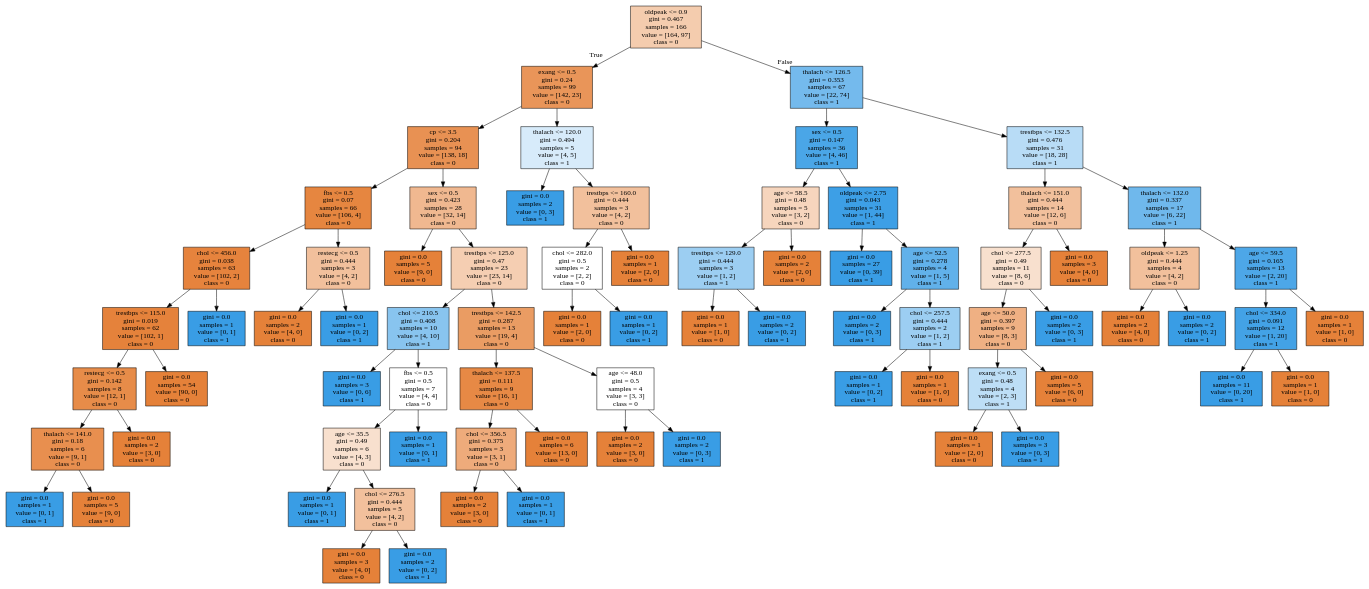
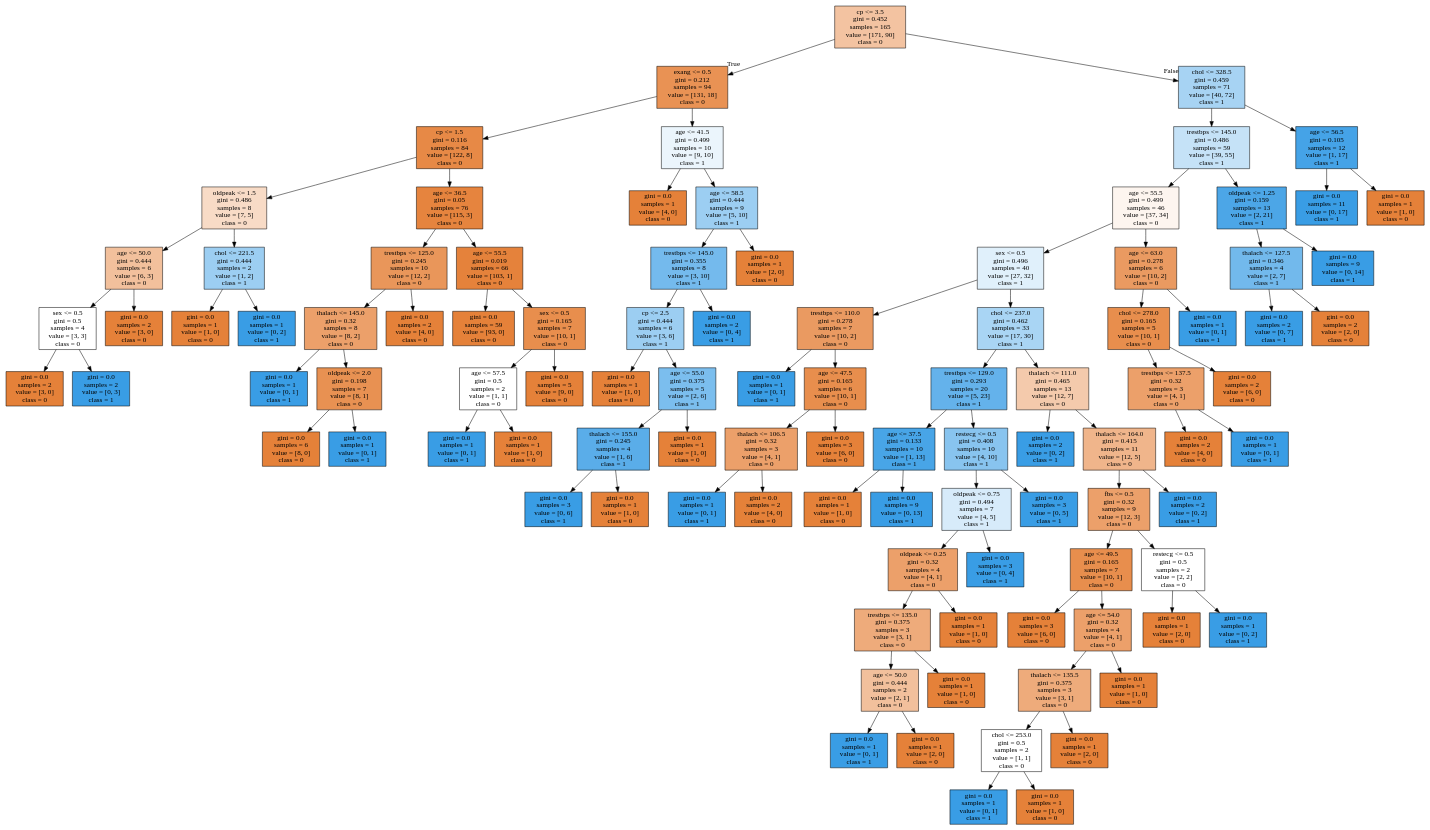
One commit to cyrilvincent/ML changed the diagram in data/heartdisease/tree.dot. Above: the diagram before and after it, drawn with Graphviz. The commit also changed 1 other file, not shown here.

```diff
--- a/data/heartdisease/tree.dot
+++ b/data/heartdisease/tree.dot
@@ -1,156 +1,200 @@
 digraph Tree {
 node [shape=box, style="filled", color="black"] ;
-0 [label="oldpeak <= 0.9\ngini = 0.467\nsamples = 166\nvalue = [164, 97]\nclass = 0", fillcolor="#f4ccae"] ;
-1 [label="exang <= 0.5\ngini = 0.24\nsamples = 99\nvalue = [142, 23]\nclass = 0", fillcolor="#e99559"] ;
+0 [label="cp <= 3.5\ngini = 0.452\nsamples = 165\nvalue = [171, 90]\nclass = 0", fillcolor="#f3c3a1"] ;
+1 [label="exang <= 0.5\ngini = 0.212\nsamples = 94\nvalue = [131, 18]\nclass = 0", fillcolor="#e99254"] ;
 0 -> 1 [labeldistance=2.5, labelangle=45, headlabel="True"] ;
-2 [label="cp <= 3.5\ngini = 0.204\nsamples = 94\nvalue = [138, 18]\nclass = 0", fillcolor="#e89153"] ;
+2 [label="cp <= 1.5\ngini = 0.116\nsamples = 84\nvalue = [122, 8]\nclass = 0", fillcolor="#e78946"] ;
 1 -> 2 ;
-3 [label="fbs <= 0.5\ngini = 0.07\nsamples = 66\nvalue = [106, 4]\nclass = 0", fillcolor="#e68640"] ;
+3 [label="oldpeak <= 1.5\ngini = 0.486\nsamples = 8\nvalue = [7, 5]\nclass = 0", fillcolor="#f8dbc6"] ;
 2 -> 3 ;
-4 [label="chol <= 456.0\ngini = 0.038\nsamples = 63\nvalue = [102, 2]\nclass = 0", fillcolor="#e6833d"] ;
+4 [label="age <= 50.0\ngini = 0.444\nsamples = 6\nvalue = [6, 3]\nclass = 0", fillcolor="#f2c09c"] ;
 3 -> 4 ;
-5 [label="trestbps <= 115.0\ngini = 0.019\nsamples = 62\nvalue = [102, 1]\nclass = 0", fillcolor="#e5823b"] ;
+5 [label="sex <= 0.5\ngini = 0.5\nsamples = 4\nvalue = [3, 3]\nclass = 0", fillcolor="#ffffff"] ;
 4 -> 5 ;
-6 [label="restecg <= 0.5\ngini = 0.142\nsamples = 8\nvalue = [12, 1]\nclass = 0", fillcolor="#e78c49"] ;
+6 [label="gini = 0.0\nsamples = 2\nvalue = [3, 0]\nclass = 0", fillcolor="#e58139"] ;
 5 -> 6 ;
-7 [label="thalach <= 141.0\ngini = 0.18\nsamples = 6\nvalue = [9, 1]\nclass = 0", fillcolor="#e88f4f"] ;
-6 -> 7 ;
-8 [label="gini = 0.0\nsamples = 1\nvalue = [0, 1]\nclass = 1", fillcolor="#399de5"] ;
-7 -> 8 ;
-9 [label="gini = 0.0\nsamples = 5\nvalue = [9, 0]\nclass = 0", fillcolor="#e58139"] ;
-7 -> 9 ;
-10 [label="gini = 0.0\nsamples = 2\nvalue = [3, 0]\nclass = 0", fillcolor="#e58139"] ;
-6 -> 10 ;
-11 [label="gini = 0.0\nsamples = 54\nvalue = [90, 0]\nclass = 0", fillcolor="#e58139"] ;
-5 -> 11 ;
-12 [label="gini = 0.0\nsamples = 1\nvalue = [0, 1]\nclass = 1", fillcolor="#399de5"] ;
-4 -> 12 ;
-13 [label="restecg <= 0.5\ngini = 0.444\nsamples = 3\nvalue = [4, 2]\nclass = 0", fillcolor="#f2c09c"] ;
-3 -> 13 ;
-14 [label="gini = 0.0\nsamples = 2\nvalue = [4, 0]\nclass = 0", fillcolor="#e58139"] ;
+7 [label="gini = 0.0\nsamples = 2\nvalue = [0, 3]\nclass = 1", fillcolor="#399de5"] ;
+5 -> 7 ;
+8 [label="gini = 0.0\nsamples = 2\nvalue = [3, 0]\nclass = 0", fillcolor="#e58139"] ;
+4 -> 8 ;
+9 [label="chol <= 221.5\ngini = 0.444\nsamples = 2\nvalue = [1, 2]\nclass = 1", fillcolor="#9ccef2"] ;
+3 -> 9 ;
+10 [label="gini = 0.0\nsamples = 1\nvalue = [1, 0]\nclass = 0", fillcolor="#e58139"] ;
+9 -> 10 ;
+11 [label="gini = 0.0\nsamples = 1\nvalue = [0, 2]\nclass = 1", fillcolor="#399de5"] ;
+9 -> 11 ;
+12 [label="age <= 36.5\ngini = 0.05\nsamples = 76\nvalue = [115, 3]\nclass = 0", fillcolor="#e6843e"] ;
+2 -> 12 ;
+13 [label="trestbps <= 125.0\ngini = 0.245\nsamples = 10\nvalue = [12, 2]\nclass = 0", fillcolor="#e9965a"] ;
+12 -> 13 ;
+14 [label="thalach <= 145.0\ngini = 0.32\nsamples = 8\nvalue = [8, 2]\nclass = 0", fillcolor="#eca06a"] ;
 13 -> 14 ;
-15 [label="gini = 0.0\nsamples = 1\nvalue = [0, 2]\nclass = 1", fillcolor="#399de5"] ;
-13 -> 15 ;
-16 [label="sex <= 0.5\ngini = 0.423\nsamples = 28\nvalue = [32, 14]\nclass = 0", fillcolor="#f0b890"] ;
-2 -> 16 ;
-17 [label="gini = 0.0\nsamples = 5\nvalue = [9, 0]\nclass = 0", fillcolor="#e58139"] ;
+15 [label="gini = 0.0\nsamples = 1\nvalue = [0, 1]\nclass = 1", fillcolor="#399de5"] ;
+14 -> 15 ;
+16 [label="oldpeak <= 2.0\ngini = 0.198\nsamples = 7\nvalue = [8, 1]\nclass = 0", fillcolor="#e89152"] ;
+14 -> 16 ;
+17 [label="gini = 0.0\nsamples = 6\nvalue = [8, 0]\nclass = 0", fillcolor="#e58139"] ;
 16 -> 17 ;
-18 [label="trestbps <= 125.0\ngini = 0.47\nsamples = 23\nvalue = [23, 14]\nclass = 0", fillcolor="#f5ceb2"] ;
+18 [label="gini = 0.0\nsamples = 1\nvalue = [0, 1]\nclass = 1", fillcolor="#399de5"] ;
 16 -> 18 ;
-19 [label="chol <= 210.5\ngini = 0.408\nsamples = 10\nvalue = [4, 10]\nclass = 1", fillcolor="#88c4ef"] ;
-18 -> 19 ;
-20 [label="gini = 0.0\nsamples = 3\nvalue = [0, 6]\nclass = 1", fillcolor="#399de5"] ;
-19 -> 20 ;
-21 [label="fbs <= 0.5\ngini = 0.5\nsamples = 7\nvalue = [4, 4]\nclass = 0", fillcolor="#ffffff"] ;
-19 -> 21 ;
-22 [label="age <= 35.5\ngini = 0.49\nsamples = 6\nvalue = [4, 3]\nclass = 0", fillcolor="#f8e0ce"] ;
-21 -> 22 ;
-23 [label="gini = 0.0\nsamples = 1\nvalue = [0, 1]\nclass = 1", fillcolor="#399de5"] ;
+19 [label="gini = 0.0\nsamples = 2\nvalue = [4, 0]\nclass = 0", fillcolor="#e58139"] ;
+13 -> 19 ;
+20 [label="age <= 55.5\ngini = 0.019\nsamples = 66\nvalue = [103, 1]\nclass = 0", fillcolor="#e5823b"] ;
+12 -> 20 ;
+21 [label="gini = 0.0\nsamples = 59\nvalue = [93, 0]\nclass = 0", fillcolor="#e58139"] ;
+20 -> 21 ;
+22 [label="sex <= 0.5\ngini = 0.165\nsamples = 7\nvalue = [10, 1]\nclass = 0", fillcolor="#e88e4d"] ;
+20 -> 22 ;
+23 [label="age <= 57.5\ngini = 0.5\nsamples = 2\nvalue = [1, 1]\nclass = 0", fillcolor="#ffffff"] ;
 22 -> 23 ;
-24 [label="chol <= 276.5\ngini = 0.444\nsamples = 5\nvalue = [4, 2]\nclass = 0", fillcolor="#f2c09c"] ;
-22 -> 24 ;
-25 [label="gini = 0.0\nsamples = 3\nvalue = [4, 0]\nclass = 0", fillcolor="#e58139"] ;
-24 -> 25 ;
-26 [label="gini = 0.0\nsamples = 2\nvalue = [0, 2]\nclass = 1", fillcolor="#399de5"] ;
-24 -> 26 ;
-27 [label="gini = 0.0\nsamples = 1\nvalue = [0, 1]\nclass = 1", fillcolor="#399de5"] ;
-21 -> 27 ;
-28 [label="trestbps <= 142.5\ngini = 0.287\nsamples = 13\nvalue = [19, 4]\nclass = 0", fillcolor="#ea9c63"] ;
-18 -> 28 ;
-29 [label="thalach <= 137.5\ngini = 0.111\nsamples = 9\nvalue = [16, 1]\nclass = 0", fillcolor="#e78945"] ;
-28 -> 29 ;
-30 [label="chol <= 356.5\ngini = 0.375\nsamples = 3\nvalue = [3, 1]\nclass = 0", fillcolor="#eeab7b"] ;
+24 [label="gini = 0.0\nsamples = 1\nvalue = [0, 1]\nclass = 1", fillcolor="#399de5"] ;
+23 -> 24 ;
+25 [label="gini = 0.0\nsamples = 1\nvalue = [1, 0]\nclass = 0", fillcolor="#e58139"] ;
+23 -> 25 ;
+26 [label="gini = 0.0\nsamples = 5\nvalue = [9, 0]\nclass = 0", fillcolor="#e58139"] ;
+22 -> 26 ;
+27 [label="age <= 41.5\ngini = 0.499\nsamples = 10\nvalue = [9, 10]\nclass = 1", fillcolor="#ebf5fc"] ;
+1 -> 27 ;
+28 [label="gini = 0.0\nsamples = 1\nvalue = [4, 0]\nclass = 0", fillcolor="#e58139"] ;
+27 -> 28 ;
+29 [label="age <= 58.5\ngini = 0.444\nsamples = 9\nvalue = [5, 10]\nclass = 1", fillcolor="#9ccef2"] ;
+27 -> 29 ;
+30 [label="trestbps <= 145.0\ngini = 0.355\nsamples = 8\nvalue = [3, 10]\nclass = 1", fillcolor="#74baed"] ;
 29 -> 30 ;
-31 [label="gini = 0.0\nsamples = 2\nvalue = [3, 0]\nclass = 0", fillcolor="#e58139"] ;
+31 [label="cp <= 2.5\ngini = 0.444\nsamples = 6\nvalue = [3, 6]\nclass = 1", fillcolor="#9ccef2"] ;
 30 -> 31 ;
-32 [label="gini = 0.0\nsamples = 1\nvalue = [0, 1]\nclass = 1", fillcolor="#399de5"] ;
-30 -> 32 ;
-33 [label="gini = 0.0\nsamples = 6\nvalue = [13, 0]\nclass = 0", fillcolor="#e58139"] ;
-29 -> 33 ;
-34 [label="age <= 48.0\ngini = 0.5\nsamples = 4\nvalue = [3, 3]\nclass = 0", fillcolor="#ffffff"] ;
-28 -> 34 ;
-35 [label="gini = 0.0\nsamples = 2\nvalue = [3, 0]\nclass = 0", fillcolor="#e58139"] ;
+32 [label="gini = 0.0\nsamples = 1\nvalue = [1, 0]\nclass = 0", fillcolor="#e58139"] ;
+31 -> 32 ;
+33 [label="age <= 55.0\ngini = 0.375\nsamples = 5\nvalue = [2, 6]\nclass = 1", fillcolor="#7bbeee"] ;
+31 -> 33 ;
+34 [label="thalach <= 155.0\ngini = 0.245\nsamples = 4\nvalue = [1, 6]\nclass = 1", fillcolor="#5aade9"] ;
+33 -> 34 ;
+35 [label="gini = 0.0\nsamples = 3\nvalue = [0, 6]\nclass = 1", fillcolor="#399de5"] ;
 34 -> 35 ;
-36 [label="gini = 0.0\nsamples = 2\nvalue = [0, 3]\nclass = 1", fillcolor="#399de5"] ;
+36 [label="gini = 0.0\nsamples = 1\nvalue = [1, 0]\nclass = 0", fillcolor="#e58139"] ;
 34 -> 36 ;
-37 [label="thalach <= 120.0\ngini = 0.494\nsamples = 5\nvalue = [4, 5]\nclass = 1", fillcolor="#d7ebfa"] ;
-1 -> 37 ;
-38 [label="gini = 0.0\nsamples = 2\nvalue = [0, 3]\nclass = 1", fillcolor="#399de5"] ;
-37 -> 38 ;
-39 [label="trestbps <= 160.0\ngini = 0.444\nsamples = 3\nvalue = [4, 2]\nclass = 0", fillcolor="#f2c09c"] ;
-37 -> 39 ;
-40 [label="chol <= 282.0\ngini = 0.5\nsamples = 2\nvalue = [2, 2]\nclass = 0", fillcolor="#ffffff"] ;
-39 -> 40 ;
-41 [label="gini = 0.0\nsamples = 1\nvalue = [2, 0]\nclass = 0", fillcolor="#e58139"] ;
+37 [label="gini = 0.0\nsamples = 1\nvalue = [1, 0]\nclass = 0", fillcolor="#e58139"] ;
+33 -> 37 ;
+38 [label="gini = 0.0\nsamples = 2\nvalue = [0, 4]\nclass = 1", fillcolor="#399de5"] ;
+30 -> 38 ;
+39 [label="gini = 0.0\nsamples = 1\nvalue = [2, 0]\nclass = 0", fillcolor="#e58139"] ;
+29 -> 39 ;
+40 [label="chol <= 328.5\ngini = 0.459\nsamples = 71\nvalue = [40, 72]\nclass = 1", fillcolor="#a7d3f3"] ;
+0 -> 40 [labeldistance=2.5, labelangle=-45, headlabel="False"] ;
+41 [label="trestbps <= 145.0\ngini = 0.486\nsamples = 59\nvalue = [39, 55]\nclass = 1", fillcolor="#c5e2f7"] ;
 40 -> 41 ;
-42 [label="gini = 0.0\nsamples = 1\nvalue = [0, 2]\nclass = 1", fillcolor="#399de5"] ;
-40 -> 42 ;
-43 [label="gini = 0.0\nsamples = 1\nvalue = [2, 0]\nclass = 0", fillcolor="#e58139"] ;
-39 -> 43 ;
-44 [label="thalach <= 126.5\ngini = 0.353\nsamples = 67\nvalue = [22, 74]\nclass = 1", fillcolor="#74baed"] ;
-0 -> 44 [labeldistance=2.5, labelangle=-45, headlabel="False"] ;
-45 [label="sex <= 0.5\ngini = 0.147\nsamples = 36\nvalue = [4, 46]\nclass = 1", fillcolor="#4aa6e7"] ;
+42 [label="age <= 55.5\ngini = 0.499\nsamples = 46\nvalue = [37, 34]\nclass = 0", fillcolor="#fdf5ef"] ;
+41 -> 42 ;
+43 [label="sex <= 0.5\ngini = 0.496\nsamples = 40\nvalue = [27, 32]\nclass = 1", fillcolor="#e0f0fb"] ;
+42 -> 43 ;
+44 [label="trestbps <= 110.0\ngini = 0.278\nsamples = 7\nvalue = [10, 2]\nclass = 0", fillcolor="#ea9a61"] ;
+43 -> 44 ;
+45 [label="gini = 0.0\nsamples = 1\nvalue = [0, 1]\nclass = 1", fillcolor="#399de5"] ;
 44 -> 45 ;
-46 [label="age <= 58.5\ngini = 0.48\nsamples = 5\nvalue = [3, 2]\nclass = 0", fillcolor="#f6d5bd"] ;
-45 -> 46 ;
-47 [label="trestbps <= 129.0\ngini = 0.444\nsamples = 3\nvalue = [1, 2]\nclass = 1", fillcolor="#9ccef2"] ;
+46 [label="age <= 47.5\ngini = 0.165\nsamples = 6\nvalue = [10, 1]\nclass = 0", fillcolor="#e88e4d"] ;
+44 -> 46 ;
+47 [label="thalach <= 106.5\ngini = 0.32\nsamples = 3\nvalue = [4, 1]\nclass = 0", fillcolor="#eca06a"] ;
 46 -> 47 ;
-48 [label="gini = 0.0\nsamples = 1\nvalue = [1, 0]\nclass = 0", fillcolor="#e58139"] ;
+48 [label="gini = 0.0\nsamples = 1\nvalue = [0, 1]\nclass = 1", fillcolor="#399de5"] ;
 47 -> 48 ;
-49 [label="gini = 0.0\nsamples = 2\nvalue = [0, 2]\nclass = 1", fillcolor="#399de5"] ;
+49 [label="gini = 0.0\nsamples = 2\nvalue = [4, 0]\nclass = 0", fillcolor="#e58139"] ;
 47 -> 49 ;
-50 [label="gini = 0.0\nsamples = 2\nvalue = [2, 0]\nclass = 0", fillcolor="#e58139"] ;
+50 [label="gini = 0.0\nsamples = 3\nvalue = [6, 0]\nclass = 0", fillcolor="#e58139"] ;
 46 -> 50 ;
-51 [label="oldpeak <= 2.75\ngini = 0.043\nsamples = 31\nvalue = [1, 44]\nclass = 1", fillcolor="#3d9fe6"] ;
-45 -> 51 ;
-52 [label="gini = 0.0\nsamples = 27\nvalue = [0, 39]\nclass = 1", fillcolor="#399de5"] ;
+51 [label="chol <= 237.0\ngini = 0.462\nsamples = 33\nvalue = [17, 30]\nclass = 1", fillcolor="#a9d5f4"] ;
+43 -> 51 ;
+52 [label="trestbps <= 129.0\ngini = 0.293\nsamples = 20\nvalue = [5, 23]\nclass = 1", fillcolor="#64b2eb"] ;
 51 -> 52 ;
-53 [label="age <= 52.5\ngini = 0.278\nsamples = 4\nvalue = [1, 5]\nclass = 1", fillcolor="#61b1ea"] ;
-51 -> 53 ;
-54 [label="gini = 0.0\nsamples = 2\nvalue = [0, 3]\nclass = 1", fillcolor="#399de5"] ;
+53 [label="age <= 37.5\ngini = 0.133\nsamples = 10\nvalue = [1, 13]\nclass = 1", fillcolor="#48a5e7"] ;
+52 -> 53 ;
+54 [label="gini = 0.0\nsamples = 1\nvalue = [1, 0]\nclass = 0", fillcolor="#e58139"] ;
 53 -> 54 ;
-55 [label="chol <= 257.5\ngini = 0.444\nsamples = 2\nvalue = [1, 2]\nclass = 1", fillcolor="#9ccef2"] ;
+55 [label="gini = 0.0\nsamples = 9\nvalue = [0, 13]\nclass = 1", fillcolor="#399de5"] ;
 53 -> 55 ;
-56 [label="gini = 0.0\nsamples = 1\nvalue = [0, 2]\nclass = 1", fillcolor="#399de5"] ;
-55 -> 56 ;
-57 [label="gini = 0.0\nsamples = 1\nvalue = [1, 0]\nclass = 0", fillcolor="#e58139"] ;
-55 -> 57 ;
-58 [label="trestbps <= 132.5\ngini = 0.476\nsamples = 31\nvalue = [18, 28]\nclass = 1", fillcolor="#b8dcf6"] ;
-44 -> 58 ;
-59 [label="thalach <= 151.0\ngini = 0.444\nsamples = 14\nvalue = [12, 6]\nclass = 0", fillcolor="#f2c09c"] ;
+56 [label="restecg <= 0.5\ngini = 0.408\nsamples = 10\nvalue = [4, 10]\nclass = 1", fillcolor="#88c4ef"] ;
+52 -> 56 ;
+57 [label="oldpeak <= 0.75\ngini = 0.494\nsamples = 7\nvalue = [4, 5]\nclass = 1", fillcolor="#d7ebfa"] ;
+56 -> 57 ;
+58 [label="oldpeak <= 0.25\ngini = 0.32\nsamples = 4\nvalue = [4, 1]\nclass = 0", fillcolor="#eca06a"] ;
+57 -> 58 ;
+59 [label="trestbps <= 135.0\ngini = 0.375\nsamples = 3\nvalue = [3, 1]\nclass = 0", fillcolor="#eeab7b"] ;
 58 -> 59 ;
-60 [label="chol <= 277.5\ngini = 0.49\nsamples = 11\nvalue = [8, 6]\nclass = 0", fillcolor="#f8e0ce"] ;
+60 [label="age <= 50.0\ngini = 0.444\nsamples = 2\nvalue = [2, 1]\nclass = 0", fillcolor="#f2c09c"] ;
 59 -> 60 ;
-61 [label="age <= 50.0\ngini = 0.397\nsamples = 9\nvalue = [8, 3]\nclass = 0", fillcolor="#efb083"] ;
+61 [label="gini = 0.0\nsamples = 1\nvalue = [0, 1]\nclass = 1", fillcolor="#399de5"] ;
 60 -> 61 ;
-62 [label="exang <= 0.5\ngini = 0.48\nsamples = 4\nvalue = [2, 3]\nclass = 1", fillcolor="#bddef6"] ;
-61 -> 62 ;
-63 [label="gini = 0.0\nsamples = 1\nvalue = [2, 0]\nclass = 0", fillcolor="#e58139"] ;
-62 -> 63 ;
-64 [label="gini = 0.0\nsamples = 3\nvalue = [0, 3]\nclass = 1", fillcolor="#399de5"] ;
-62 -> 64 ;
-65 [label="gini = 0.0\nsamples = 5\nvalue = [6, 0]\nclass = 0", fillcolor="#e58139"] ;
-61 -> 65 ;
-66 [label="gini = 0.0\nsamples = 2\nvalue = [0, 3]\nclass = 1", fillcolor="#399de5"] ;
-60 -> 66 ;
-67 [label="gini = 0.0\nsamples = 3\nvalue = [4, 0]\nclass = 0", fillcolor="#e58139"] ;
-59 -> 67 ;
-68 [label="thalach <= 132.0\ngini = 0.337\nsamples = 17\nvalue = [6, 22]\nclass = 1", fillcolor="#6fb8ec"] ;
-58 -> 68 ;
-69 [label="oldpeak <= 1.25\ngini = 0.444\nsamples = 4\nvalue = [4, 2]\nclass = 0", fillcolor="#f2c09c"] ;
-68 -> 69 ;
-70 [label="gini = 0.0\nsamples = 2\nvalue = [4, 0]\nclass = 0", fillcolor="#e58139"] ;
+62 [label="gini = 0.0\nsamples = 1\nvalue = [2, 0]\nclass = 0", fillcolor="#e58139"] ;
+60 -> 62 ;
+63 [label="gini = 0.0\nsamples = 1\nvalue = [1, 0]\nclass = 0", fillcolor="#e58139"] ;
+59 -> 63 ;
+64 [label="gini = 0.0\nsamples = 1\nvalue = [1, 0]\nclass = 0", fillcolor="#e58139"] ;
+58 -> 64 ;
+65 [label="gini = 0.0\nsamples = 3\nvalue = [0, 4]\nclass = 1", fillcolor="#399de5"] ;
+57 -> 65 ;
+66 [label="gini = 0.0\nsamples = 3\nvalue = [0, 5]\nclass = 1", fillcolor="#399de5"] ;
+56 -> 66 ;
+67 [label="thalach <= 111.0\ngini = 0.465\nsamples = 13\nvalue = [12, 7]\nclass = 0", fillcolor="#f4caac"] ;
+51 -> 67 ;
+68 [label="gini = 0.0\nsamples = 2\nvalue = [0, 2]\nclass = 1", fillcolor="#399de5"] ;
+67 -> 68 ;
+69 [label="thalach <= 164.0\ngini = 0.415\nsamples = 11\nvalue = [12, 5]\nclass = 0", fillcolor="#f0b58b"] ;
+67 -> 69 ;
+70 [label="fbs <= 0.5\ngini = 0.32\nsamples = 9\nvalue = [12, 3]\nclass = 0", fillcolor="#eca06a"] ;
 69 -> 70 ;
-71 [label="gini = 0.0\nsamples = 2\nvalue = [0, 2]\nclass = 1", fillcolor="#399de5"] ;
-69 -> 71 ;
-72 [label="age <= 59.5\ngini = 0.165\nsamples = 13\nvalue = [2, 20]\nclass = 1", fillcolor="#4da7e8"] ;
-68 -> 72 ;
-73 [label="chol <= 334.0\ngini = 0.091\nsamples = 12\nvalue = [1, 20]\nclass = 1", fillcolor="#43a2e6"] ;
-72 -> 73 ;
-74 [label="gini = 0.0\nsamples = 11\nvalue = [0, 20]\nclass = 1", fillcolor="#399de5"] ;
+71 [label="age <= 49.5\ngini = 0.165\nsamples = 7\nvalue = [10, 1]\nclass = 0", fillcolor="#e88e4d"] ;
+70 -> 71 ;
+72 [label="gini = 0.0\nsamples = 3\nvalue = [6, 0]\nclass = 0", fillcolor="#e58139"] ;
+71 -> 72 ;
+73 [label="age <= 54.0\ngini = 0.32\nsamples = 4\nvalue = [4, 1]\nclass = 0", fillcolor="#eca06a"] ;
+71 -> 73 ;
+74 [label="thalach <= 135.5\ngini = 0.375\nsamples = 3\nvalue = [3, 1]\nclass = 0", fillcolor="#eeab7b"] ;
 73 -> 74 ;
-75 [label="gini = 0.0\nsamples = 1\nvalue = [1, 0]\nclass = 0", fillcolor="#e58139"] ;
-73 -> 75 ;
-76 [label="gini = 0.0\nsamples = 1\nvalue = [1, 0]\nclass = 0", fillcolor="#e58139"] ;
-72 -> 76 ;
+75 [label="chol <= 253.0\ngini = 0.5\nsamples = 2\nvalue = [1, 1]\nclass = 0", fillcolor="#ffffff"] ;
+74 -> 75 ;
+76 [label="gini = 0.0\nsamples = 1\nvalue = [0, 1]\nclass = 1", fillcolor="#399de5"] ;
+75 -> 76 ;
+77 [label="gini = 0.0\nsamples = 1\nvalue = [1, 0]\nclass = 0", fillcolor="#e58139"] ;
+75 -> 77 ;
+78 [label="gini = 0.0\nsamples = 1\nvalue = [2, 0]\nclass = 0", fillcolor="#e58139"] ;
+74 -> 78 ;
+79 [label="gini = 0.0\nsamples = 1\nvalue = [1, 0]\nclass = 0", fillcolor="#e58139"] ;
+73 -> 79 ;
+80 [label="restecg <= 0.5\ngini = 0.5\nsamples = 2\nvalue = [2, 2]\nclass = 0", fillcolor="#ffffff"] ;
+70 -> 80 ;
+81 [label="gini = 0.0\nsamples = 1\nvalue = [2, 0]\nclass = 0", fillcolor="#e58139"] ;
+80 -> 81 ;
+82 [label="gini = 0.0\nsamples = 1\nvalue = [0, 2]\nclass = 1", fillcolor="#399de5"] ;
+80 -> 82 ;
+83 [label="gini = 0.0\nsamples = 2\nvalue = [0, 2]\nclass = 1", fillcolor="#399de5"] ;
+69 -> 83 ;
+84 [label="age <= 63.0\ngini = 0.278\nsamples = 6\nvalue = [10, 2]\nclass = 0", fillcolor="#ea9a61"] ;
+42 -> 84 ;
+85 [label="chol <= 278.0\ngini = 0.165\nsamples = 5\nvalue = [10, 1]\nclass = 0", fillcolor="#e88e4d"] ;
+84 -> 85 ;
+86 [label="trestbps <= 137.5\ngini = 0.32\nsamples = 3\nvalue = [4, 1]\nclass = 0", fillcolor="#eca06a"] ;
+85 -> 86 ;
+87 [label="gini = 0.0\nsamples = 2\nvalue = [4, 0]\nclass = 0", fillcolor="#e58139"] ;
+86 -> 87 ;
+88 [label="gini = 0.0\nsamples = 1\nvalue = [0, 1]\nclass = 1", fillcolor="#399de5"] ;
+86 -> 88 ;
+89 [label="gini = 0.0\nsamples = 2\nvalue = [6, 0]\nclass = 0", fillcolor="#e58139"] ;
+85 -> 89 ;
+90 [label="gini = 0.0\nsamples = 1\nvalue = [0, 1]\nclass = 1", fillcolor="#399de5"] ;
+84 -> 90 ;
+91 [label="oldpeak <= 1.25\ngini = 0.159\nsamples = 13\nvalue = [2, 21]\nclass = 1", fillcolor="#4ca6e7"] ;
+41 -> 91 ;
+92 [label="thalach <= 127.5\ngini = 0.346\nsamples = 4\nvalue = [2, 7]\nclass = 1", fillcolor="#72b9ec"] ;
+91 -> 92 ;
+93 [label="gini = 0.0\nsamples = 2\nvalue = [0, 7]\nclass = 1", fillcolor="#399de5"] ;
+92 -> 93 ;
+94 [label="gini = 0.0\nsamples = 2\nvalue = [2, 0]\nclass = 0", fillcolor="#e58139"] ;
+92 -> 94 ;
+95 [label="gini = 0.0\nsamples = 9\nvalue = [0, 14]\nclass = 1", fillcolor="#399de5"] ;
+91 -> 95 ;
+96 [label="age <= 56.5\ngini = 0.105\nsamples = 12\nvalue = [1, 17]\nclass = 1", fillcolor="#45a3e7"] ;
+40 -> 96 ;
+97 [label="gini = 0.0\nsamples = 11\nvalue = [0, 17]\nclass = 1", fillcolor="#399de5"] ;
+96 -> 97 ;
+98 [label="gini = 0.0\nsamples = 1\nvalue = [1, 0]\nclass = 0", fillcolor="#e58139"] ;
+96 -> 98 ;
 }
```
